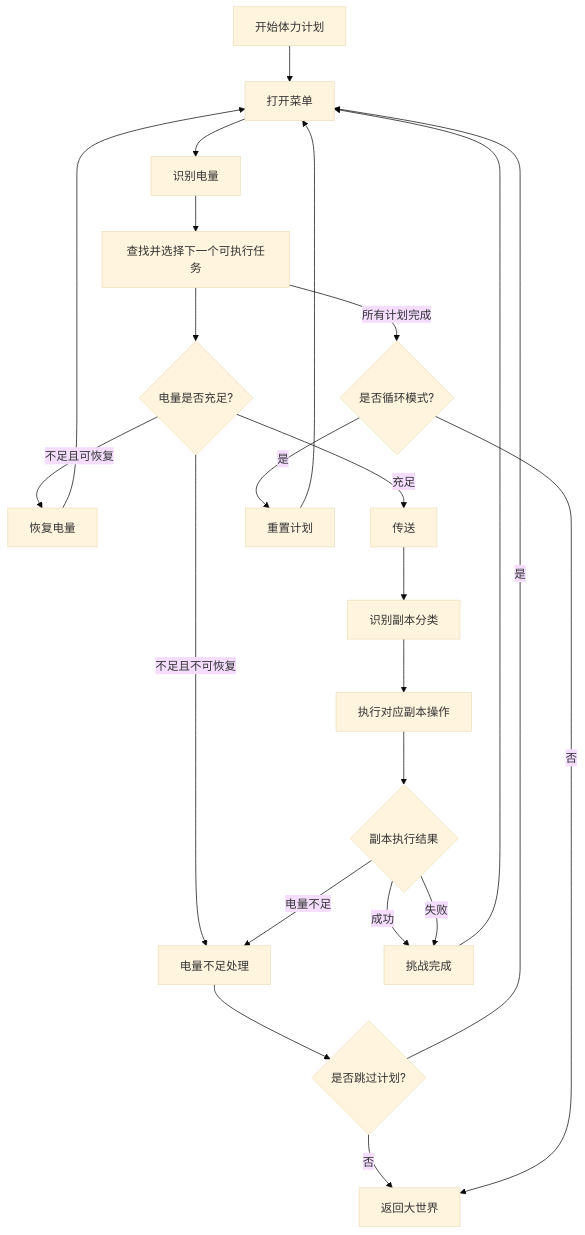
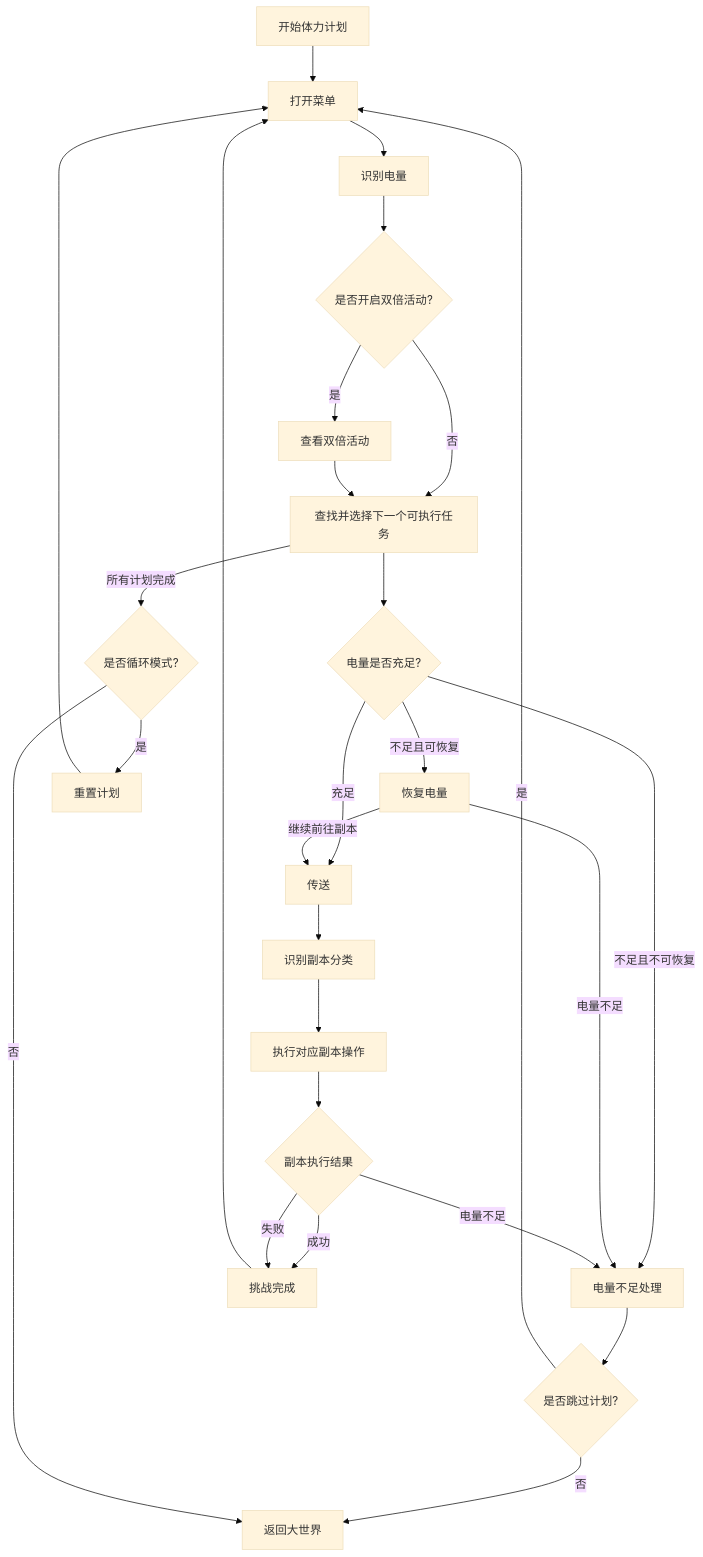
The diagram in docs/develop/zzz/application/charge_plan.md (kawayiYokami/ZenlessZoneZero-OneDragon), drawn with Mermaid (base theme) before and after one commit. The commit also changed other lines of this file and 3 other files, not shown here.

````diff
--- a/docs/develop/zzz/application/charge_plan.md
+++ b/docs/develop/zzz/application/charge_plan.md
@@ -170,24 +189,28 @@
 ```mermaid
 graph TD
     A["开始体力计划"] --> B["打开菜单"]
     B --> C["识别电量"]
-    C --> D["查找并选择下一个可执行任务"]
+    C --> C1{"是否开启双倍活动?"}
+    C1 -->|是| C2["查看双倍活动"]
+    C1 -->|否| D["查找并选择下一个可执行任务"]
+    C2 --> D
     D --> E{"电量是否充足?"}
     E -->|不足且可恢复| F["恢复电量"]
     E -->|不足且不可恢复| G["电量不足处理"]
     E -->|充足| H["传送"]
-    F --> B
+    F -->|继续前往副本| H
+    F -->|电量不足| G
     G --> I{"是否跳过计划?"}
     I -->|是| B
     I -->|否| J["返回大世界"]
     H --> K["识别副本分类"]
     K --> L["执行对应副本操作"]
     L --> M{"副本执行结果"}
     M -->|成功| N["挑战完成"]
     M -->|电量不足| G
     M -->|失败| N
     N --> B
     D -->|所有计划完成| O{"是否循环模式?"}
     O -->|是| P["重置计划"] --> B
     O -->|否| J
 ```
````
